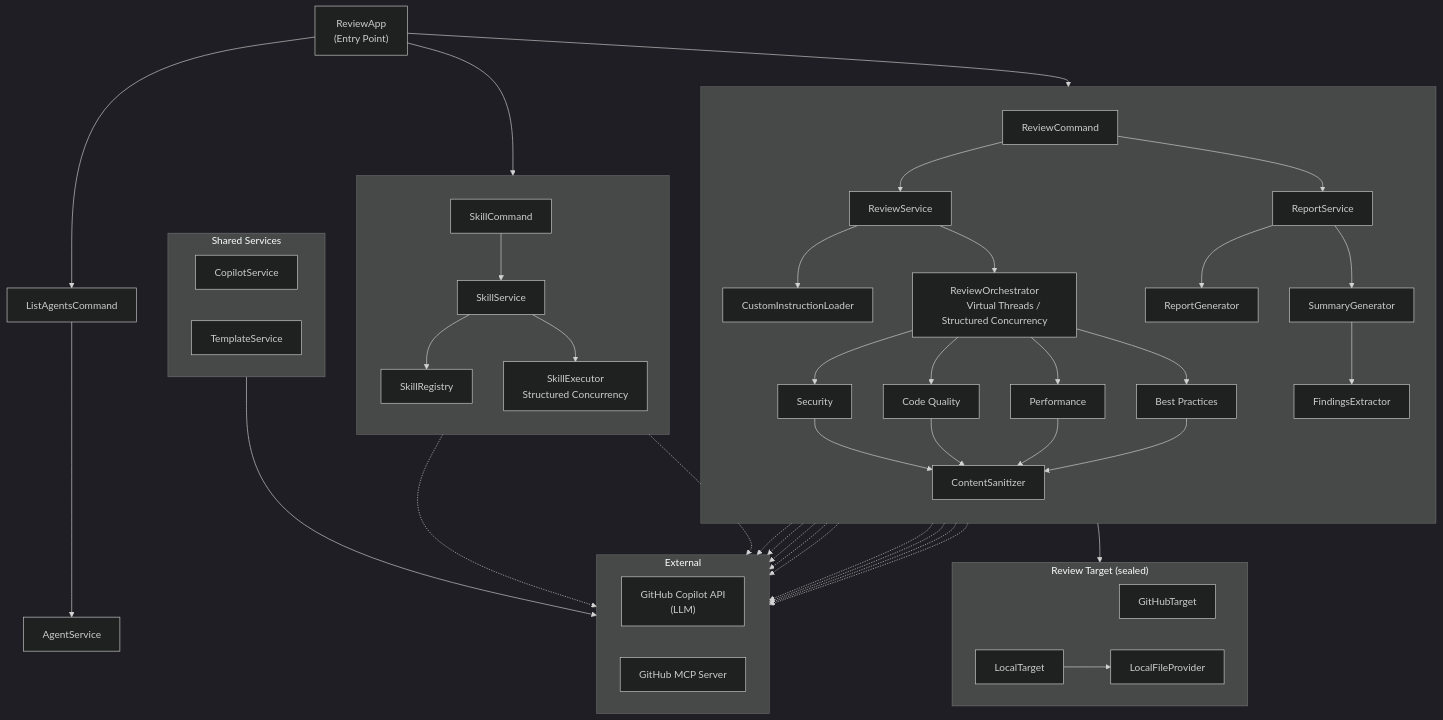
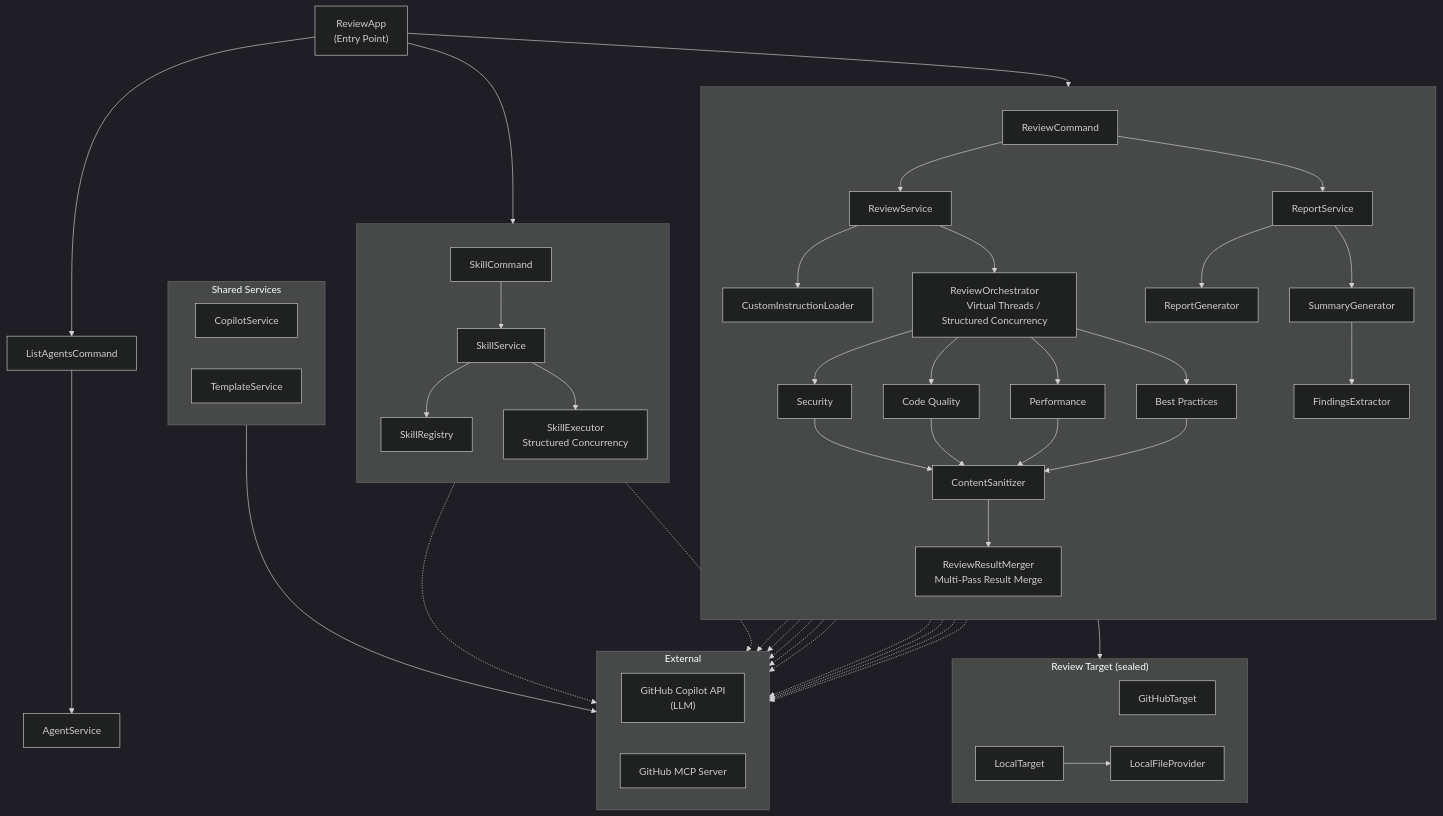
One commit to anishi1222/multi-agent-code-reviewer-java changed the diagram in README_en.md. Above: the diagram before and after it, drawn with Mermaid (dark theme). The commit also changed other lines of this file and 39 other files, not shown here.

````diff
--- a/README_en.md
+++ b/README_en.md
@@ -622,72 +636,74 @@
 ```mermaid
 flowchart TB
     %% ── CLI ──
     ReviewApp["ReviewApp
     (Entry Point)"]
     ReviewApp --> ReviewCommand
     ReviewApp --> ListAgentsCommand
     ReviewApp --> SkillCommand
 
     %% ── Review flow (left) ──
     subgraph ReviewFlow[" "]
         direction TB
         ReviewCommand --> ReviewService
         ReviewService --> CustomInstructionLoader[CustomInstructionLoader]
         ReviewService --> ReviewOrchestrator["ReviewOrchestrator
         Virtual Threads / Structured Concurrency"]
 
         ReviewOrchestrator --> Security[Security]
         ReviewOrchestrator --> CodeQuality[Code Quality]
         ReviewOrchestrator --> Performance[Performance]
         ReviewOrchestrator --> BestPractices[Best Practices]
 
         Security & CodeQuality & Performance & BestPractices --> ContentSanitizer
+        ContentSanitizer --> ReviewResultMerger["ReviewResultMerger
+        Multi-Pass Result Merge"]
 
         ReviewCommand --> ReportService
         ReportService --> ReportGenerator
         ReportService --> SummaryGenerator
         SummaryGenerator --> FindingsExtractor
     end
 
     %% ── List flow (center) ──
     ListAgentsCommand --> AgentService
 
     %% ── Skill flow (right) ──
     subgraph SkillFlow[" "]
         direction TB
         SkillCommand --> SkillService
         SkillService --> SkillRegistry
         SkillService --> SkillExecutor["SkillExecutor
         Structured Concurrency"]
     end
 
     %% ── Review Target ──
     subgraph Target["Review Target (sealed)"]
         direction LR
         GitHubTarget
         LocalTarget --> LocalFileProvider
     end
     ReviewService --> Target
 
     %% ── Shared services ──
     subgraph Shared["Shared Services"]
         direction LR
         CopilotService
         TemplateService
     end
 
     %% ── External ──
     subgraph External["External"]
         direction LR
         CopilotAPI["GitHub Copilot API
         (LLM)"]
         GitHubMCP["GitHub MCP Server"]
     end
 
     CopilotService --> CopilotAPI
     Security & CodeQuality & Performance & BestPractices -.-> CopilotAPI
     Security & CodeQuality & Performance & BestPractices -.-> GitHubMCP
     SkillExecutor -.-> CopilotAPI
     SkillExecutor -.-> GitHubMCP
     SummaryGenerator -.-> CopilotAPI
 ```
````
